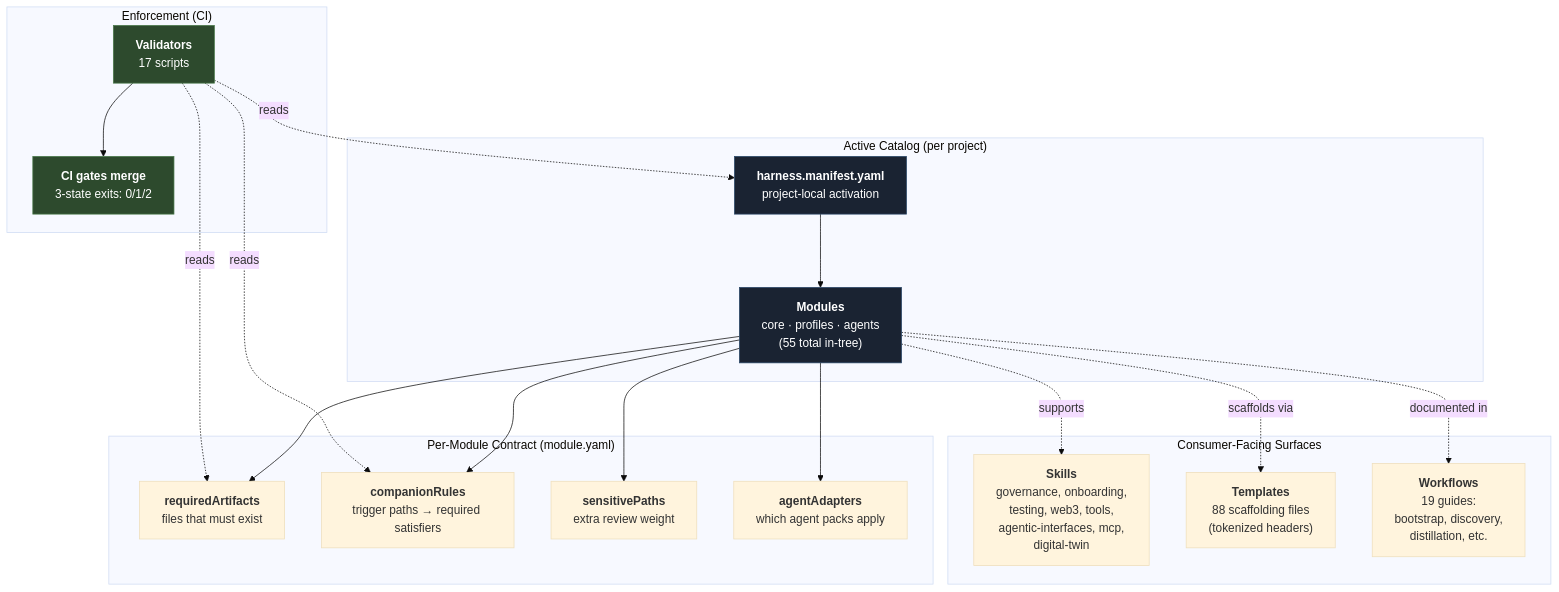
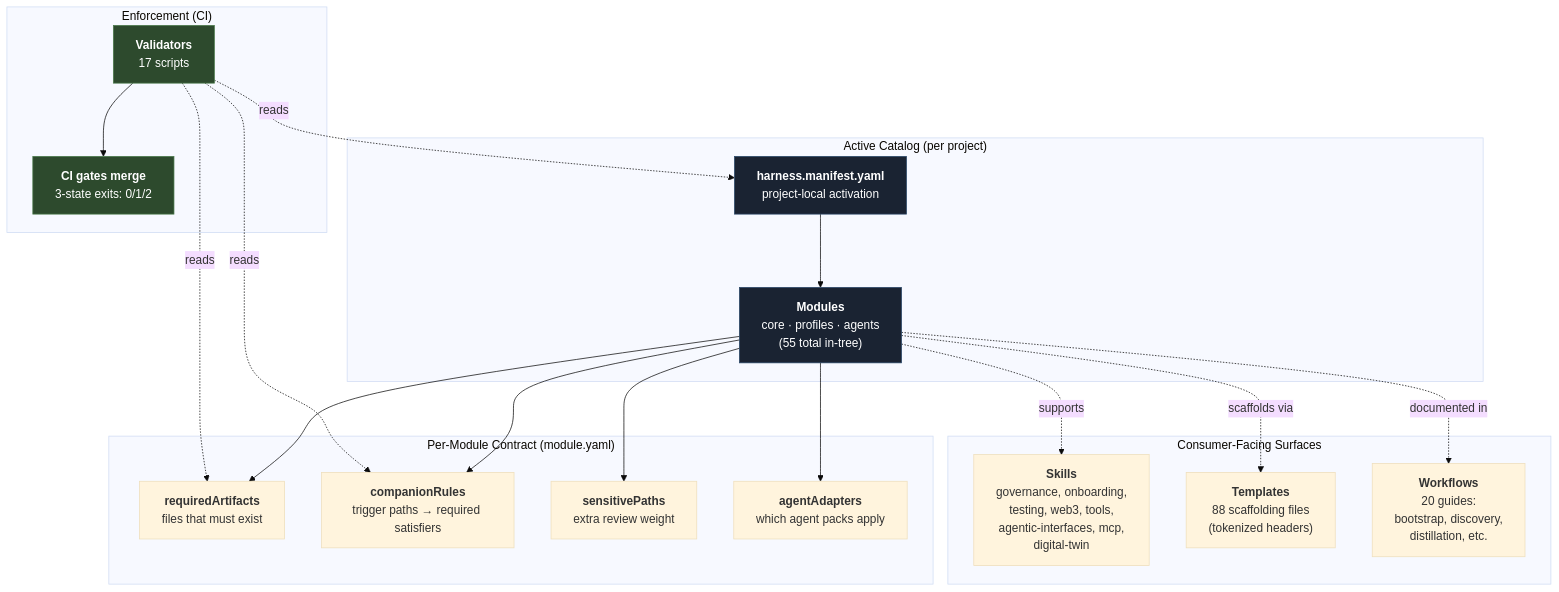
One commit to unclenate/auto-harness changed the first of 15 diagrams in docs/architecture/diagrams.md. Above: the diagram before and after it, drawn with Mermaid (base theme). The commit also changed 2 other files, not shown here.

Commit message:
docs: bump workflows count 19→20 for the consumer upgrade runbook

````diff
--- a/docs/architecture/diagrams.md
+++ b/docs/architecture/diagrams.md
@@ -52,38 +52,38 @@
 ```mermaid
 flowchart TD
     Manifest["<b>harness.manifest.yaml</b><br/>project-local activation"]
 
     subgraph CATALOG["Active Catalog (per project)"]
         Manifest --> Modules["<b>Modules</b><br/>core · profiles · agents<br/>(55 total in-tree)"]
     end
 
     subgraph CONTRACT["Per-Module Contract (module.yaml)"]
         Modules --> Required["<b>requiredArtifacts</b><br/>files that must exist"]
         Modules --> Companions["<b>companionRules</b><br/>trigger paths → required satisfiers"]
         Modules --> Sensitive["<b>sensitivePaths</b><br/>extra review weight"]
         Modules --> Adapters["<b>agentAdapters</b><br/>which agent packs apply"]
     end
 
     subgraph ENFORCE["Enforcement (CI)"]
         Validators["<b>Validators</b><br/>17 scripts"]
         Validators -.reads.-> Manifest
         Validators -.reads.-> Required
         Validators -.reads.-> Companions
         Validators --> CIGate["<b>CI gates merge</b><br/>3-state exits: 0/1/2"]
     end
 
     subgraph SURFACE["Consumer-Facing Surfaces"]
         Skills["<b>Skills</b><br/>governance, onboarding,<br/>testing, web3, tools,<br/>agentic-interfaces, mcp,<br/>digital-twin"]
         Templates["<b>Templates</b><br/>88 scaffolding files<br/>(tokenized headers)"]
-        Workflows["<b>Workflows</b><br/>19 guides:<br/>bootstrap, discovery,<br/>distillation, etc."]
+        Workflows["<b>Workflows</b><br/>20 guides:<br/>bootstrap, discovery,<br/>distillation, etc."]
     end
 
     Modules -.supports.-> Skills
     Modules -.scaffolds via.-> Templates
     Modules -.documented in.-> Workflows
 
     style Manifest fill:#1a2332,stroke:#2c4a6b,color:#fff
     style Modules fill:#1a2332,stroke:#2c4a6b,color:#fff
     style Validators fill:#2d4a2d,stroke:#4a7a4a,color:#fff
     style CIGate fill:#2d4a2d,stroke:#4a7a4a,color:#fff
 ```
````
